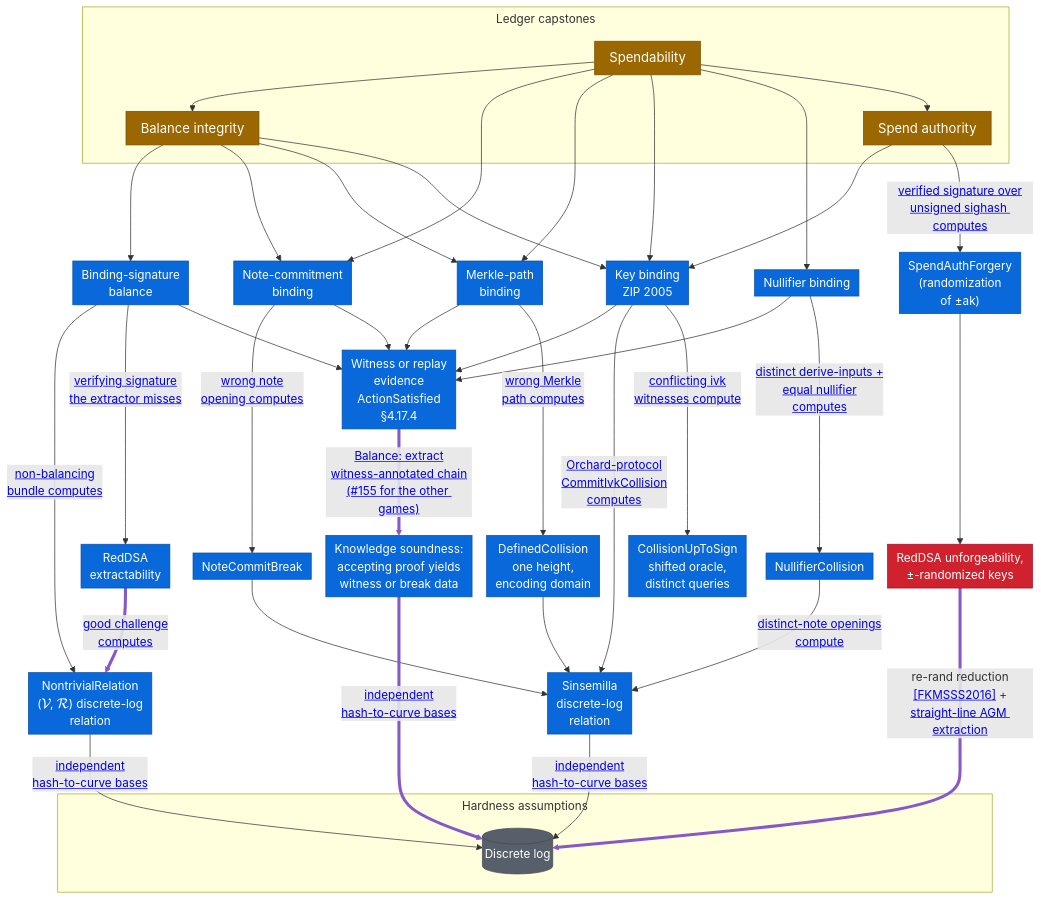
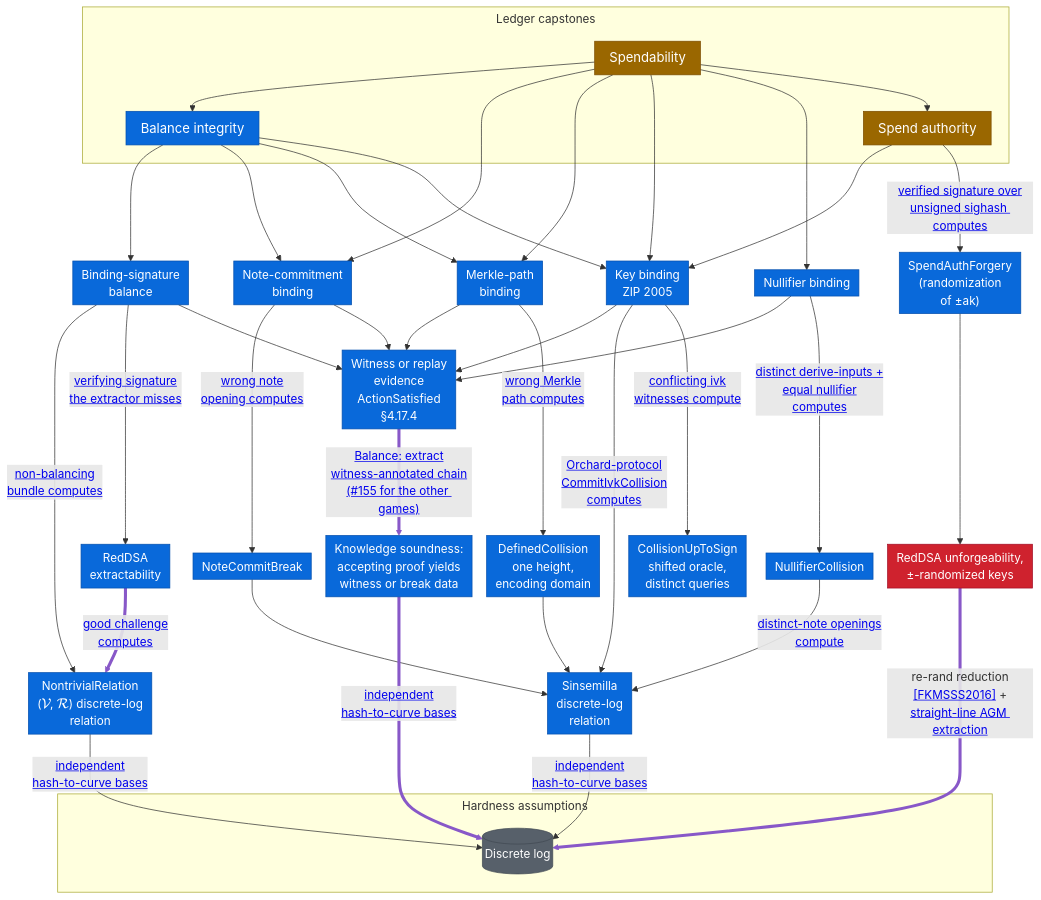
Before and after one commit to daira/ironwood: the diagram in book/src/formal-verification/ledger-security-games.md, drawn with Mermaid. The commit also changed other lines of this file and 2 other files, not shown here.

```diff
--- a/book/src/formal-verification/ledger-security-games.md
+++ b/book/src/formal-verification/ledger-security-games.md
@@ -93,8 +94,8 @@
   classDef partial fill:#9a6700,stroke:#7d4e00,color:#ffffff
   classDef hyp fill:#cf222e,stroke:#a40e26,color:#ffffff
   classDef assumed fill:#57606a,stroke:#424a53,color:#ffffff
-  class BAL,SPEND,SPENDAUTH partial
-  class NCB,BS,KB,MERK,NFB,STMT,NDLR,CUS,NCBK,MC,NFC,SAF,SDLR,KERR,KS checked
+  class SPEND,SPENDAUTH partial
+  class BAL,NCB,BS,KB,MERK,NFB,STMT,NDLR,CUS,NCBK,MC,NFC,SAF,SDLR,KERR,KS checked
   class RDSA hyp
   class DL assumed
   classDef agmEdge stroke:#8858c8,stroke-width:4.2px
```
